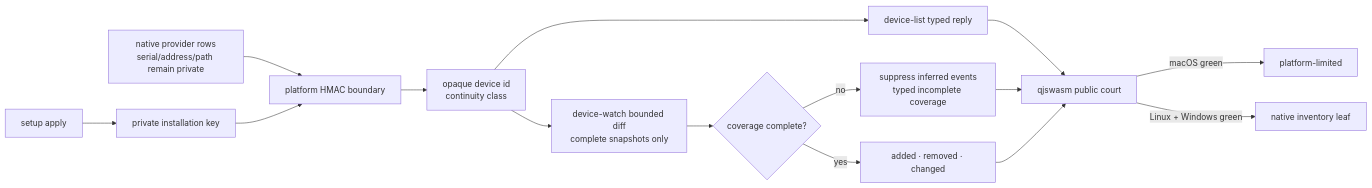
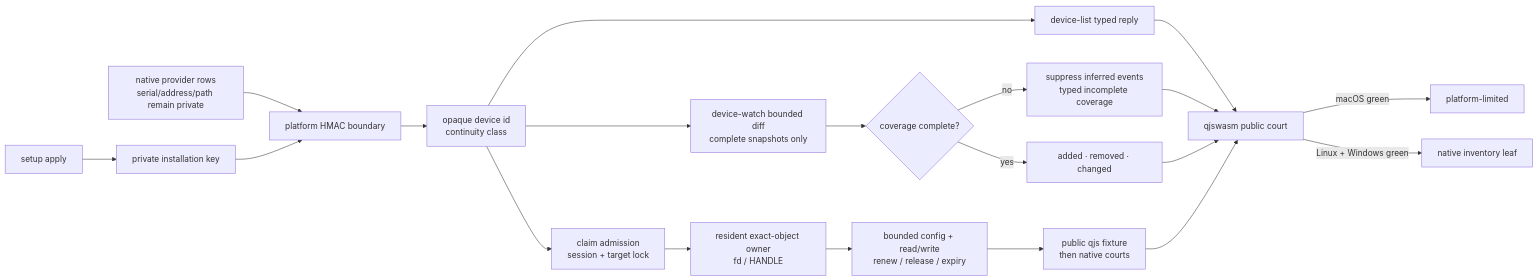
The ninth of 9 diagrams in prd/PRD_02_28_agenterm_cu.md (partnernetsoftware/agenterm), drawn with Mermaid before and after one commit. The commit also changed other lines of this file and 3 other files, not shown here.

````diff
--- a/prd/PRD_02_28_agenterm_cu.md
+++ b/prd/PRD_02_28_agenterm_cu.md
@@ -1358,14 +1390,19 @@
 ```mermaid
 flowchart LR
   S["setup apply"] --> K["private installation key"]
   N["native provider rows<br/>serial/address/path remain private"] --> H["platform HMAC boundary"]
   K --> H --> P["opaque device id<br/>continuity class"]
   P --> Q["device-list typed reply"] --> C["qjswasm public court"]
   P --> W["device-watch bounded diff<br/>complete snapshots only"]
+  P --> A["claim admission<br/>session + target lock"]
+  A --> O["resident exact-object owner<br/>fd / HANDLE"]
+  O --> IO["bounded config + read/write<br/>renew / release / expiry"]
+  IO --> DC["public qjs fixture<br/>then native courts"]
   W --> WC{"coverage complete?"}
   WC -->|no| WS["suppress inferred events<br/>typed incomplete coverage"]
   WC -->|yes| WE["added · removed · changed"]
   WS & WE --> C
+  DC --> C
   C -->|macOS green| M["platform-limited"]
   C -->|Linux + Windows green| V["native inventory leaf"]
 ```
````
